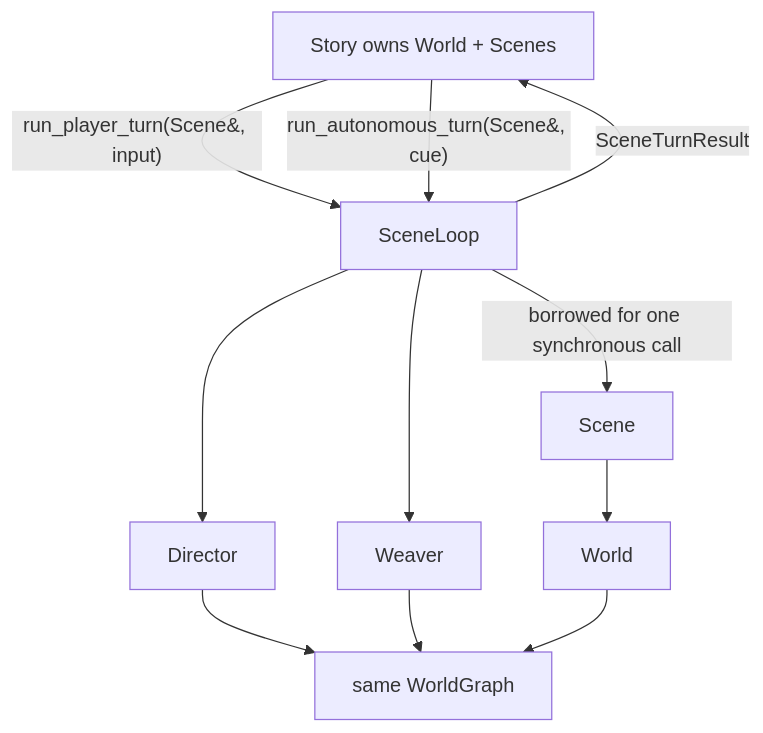
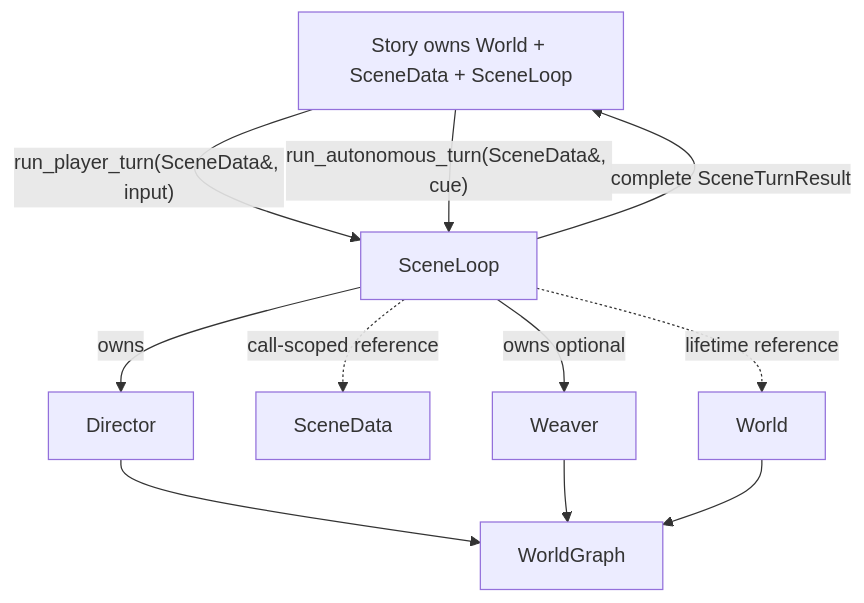
Before and after one commit to JiangWZW/Rhapsode: the diagram in wiki/architecture/scene-loop.md, drawn with Mermaid. The commit also changed other lines of this file and 7 other files, not shown here.

````diff
--- a/wiki/architecture/scene-loop.md
+++ b/wiki/architecture/scene-loop.md
@@ -30,13 +29,13 @@
 ```mermaid
 flowchart TD
-    Story["Story owns World + Scenes"] -->|"run_player_turn(Scene&, input)"| Loop["SceneLoop"]
-    Story -->|"run_autonomous_turn(Scene&, cue)"| Loop
-    Loop -->|"SceneTurnResult"| Story
-    Loop -->|"borrowed for one synchronous call"| Scene
-    Scene --> World
-    Loop --> Director
-    Loop --> Weaver
-    Director --> Graph["same WorldGraph"]
+    Story["Story owns World + SceneData + SceneLoop"] -->|"run_player_turn(SceneData&, input)"| Loop["SceneLoop"]
+    Story -->|"run_autonomous_turn(SceneData&, cue)"| Loop
+    Loop -->|"complete SceneTurnResult"| Story
+    Loop -.->|"lifetime reference"| World
+    Loop -.->|"call-scoped reference"| Data["SceneData"]
+    Loop -->|"owns"| Director
+    Loop -->|"owns optional"| Weaver
+    Director --> Graph["WorldGraph"]
     Weaver --> Graph
     World --> Graph
 ```
````
